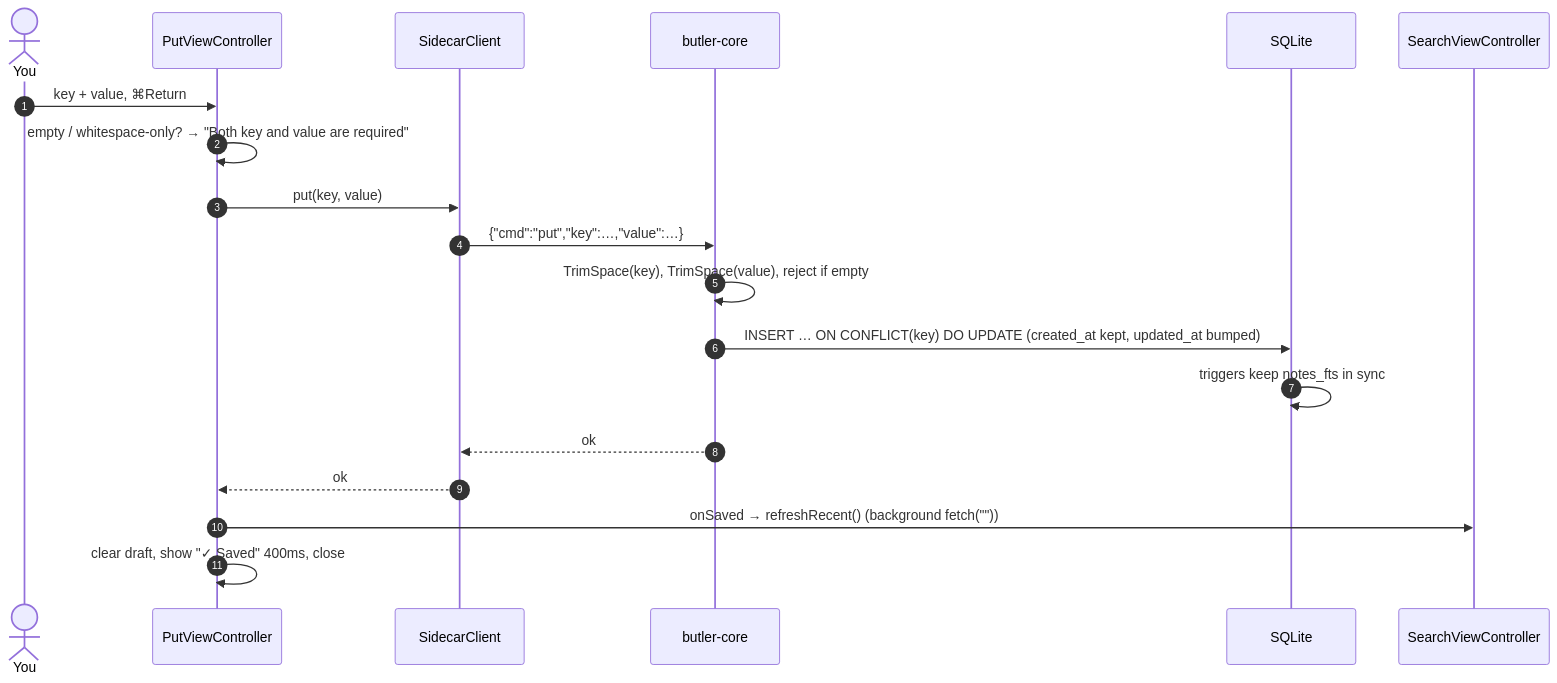
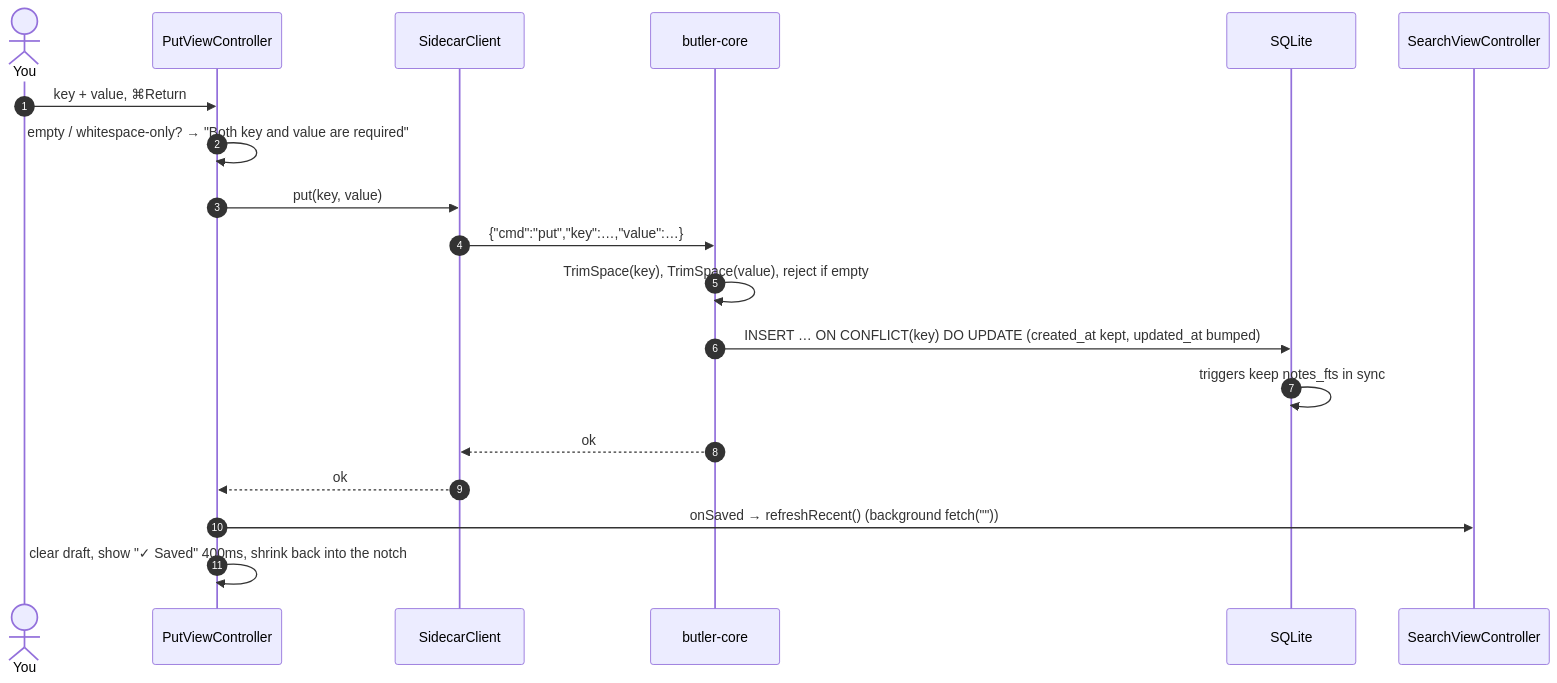
One commit to Rishabh-Hupr/note-taking changed the fourth of 12 diagrams in DATA_FLOW.md. Above: the diagram before and after it, drawn with Mermaid. The commit also changed other lines of this file and 4 other files, not shown here.

````diff
--- a/DATA_FLOW.md
+++ b/DATA_FLOW.md
@@ -149,22 +149,22 @@
 ```mermaid
 sequenceDiagram
     autonumber
     actor You
     participant PV as PutViewController
     participant SC as SidecarClient
     participant BE as butler-core
     participant DB as SQLite
     participant SV as SearchViewController
 
     You->>PV: key + value, ⌘Return
     PV->>PV: empty / whitespace-only? → "Both key and value are required"
     PV->>SC: put(key, value)
     SC->>BE: {"cmd":"put","key":…,"value":…}
     BE->>BE: TrimSpace(key), TrimSpace(value), reject if empty
     BE->>DB: INSERT … ON CONFLICT(key) DO UPDATE (created_at kept, updated_at bumped)
     DB->>DB: triggers keep notes_fts in sync
     BE-->>SC: ok
     SC-->>PV: ok
     PV->>SV: onSaved → refreshRecent() (background fetch(""))
-    PV->>PV: clear draft, show "✓ Saved" 400ms, close
+    PV->>PV: clear draft, show "✓ Saved" 400ms, shrink back into the notch
 ```
````
